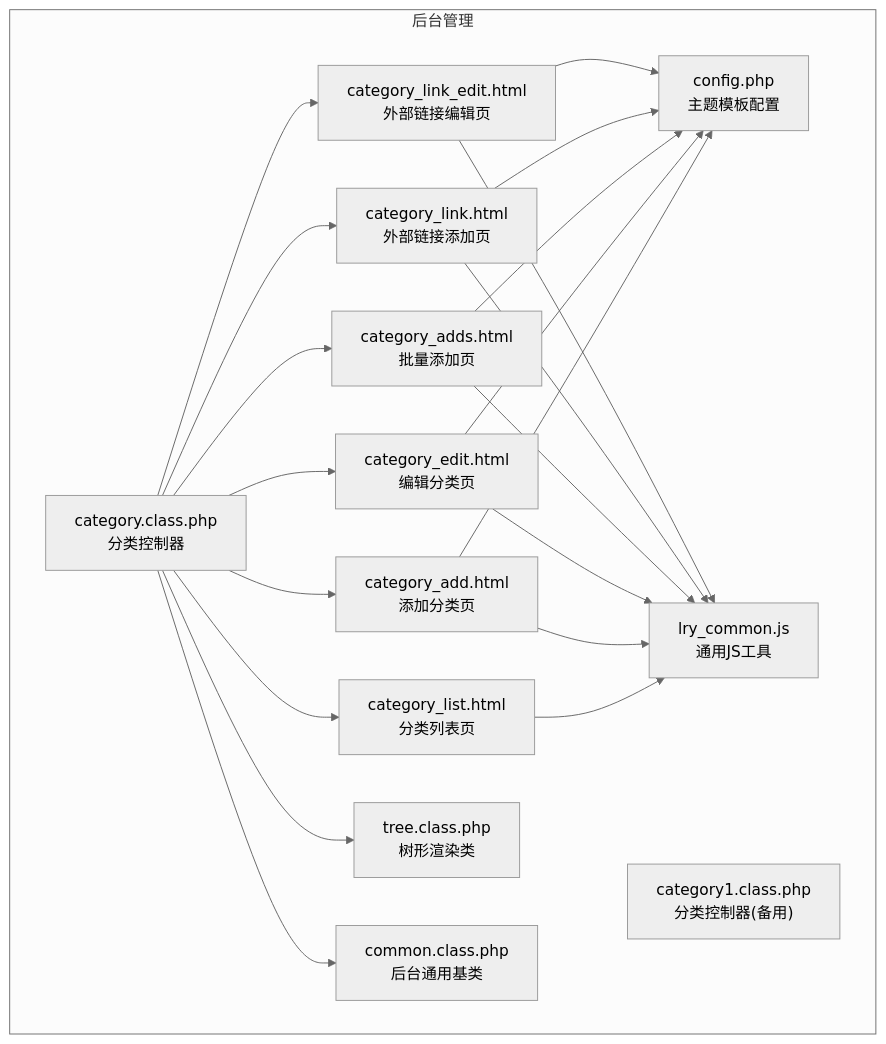
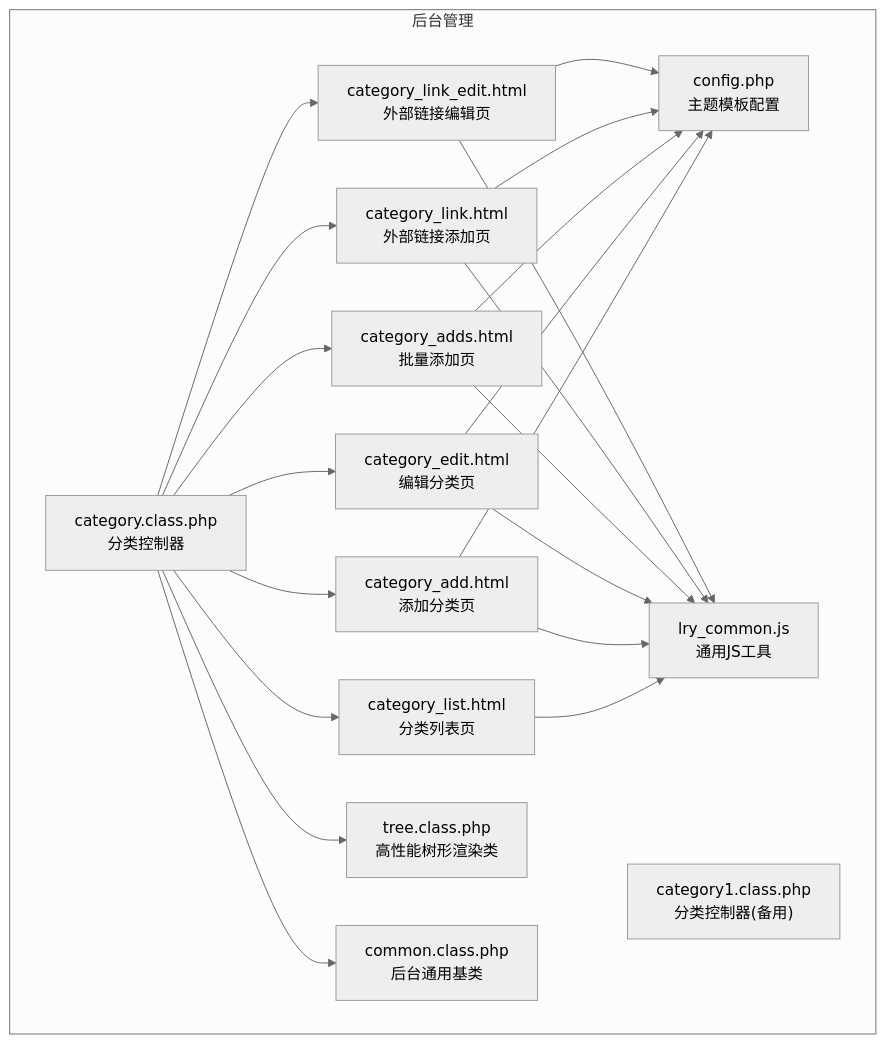
The first of 8 diagrams in .qoder/repowiki/zh/content/系统架构/模块化设计/后台管理模块/分类管理.md (lirongyaoper/lryblog.com), drawn with Mermaid (neutral theme) before and after one commit. The commit also changed other lines of this file and 14 other files, not shown here.

````diff
--- a/.qoder/repowiki/zh/content/系统架构/模块化设计/后台管理模块/分类管理.md
+++ b/.qoder/repowiki/zh/content/系统架构/模块化设计/后台管理模块/分类管理.md
@@ -42,36 +50,36 @@
 ```mermaid
 graph TB
 subgraph "后台管理"
 C1["category.class.php<br/>分类控制器"]
 C2["category1.class.php<br/>分类控制器(备用)"]
 V1["category_list.html<br/>分类列表页"]
 V2["category_add.html<br/>添加分类页"]
 V3["category_edit.html<br/>编辑分类页"]
 V4["category_adds.html<br/>批量添加页"]
 V5["category_link.html<br/>外部链接添加页"]
 V6["category_link_edit.html<br/>外部链接编辑页"]
-T["tree.class.php<br/>树形渲染类"]
+T["tree.class.php<br/>高性能树形渲染类"]
 CFG["config.php<br/>主题模板配置"]
 COM["common.class.php<br/>后台通用基类"]
 JS["lry_common.js<br/>通用JS工具"]
 end
 C1 --> V1
 C1 --> V2
 C1 --> V3
 C1 --> V4
 C1 --> V5
 C1 --> V6
 C1 --> T
 V2 --> CFG
 V3 --> CFG
 V4 --> CFG
 V5 --> CFG
 V6 --> CFG
 C1 --> COM
 V1 --> JS
 V2 --> JS
 V3 --> JS
 V4 --> JS
 V5 --> JS
 V6 --> JS
 ```
````
